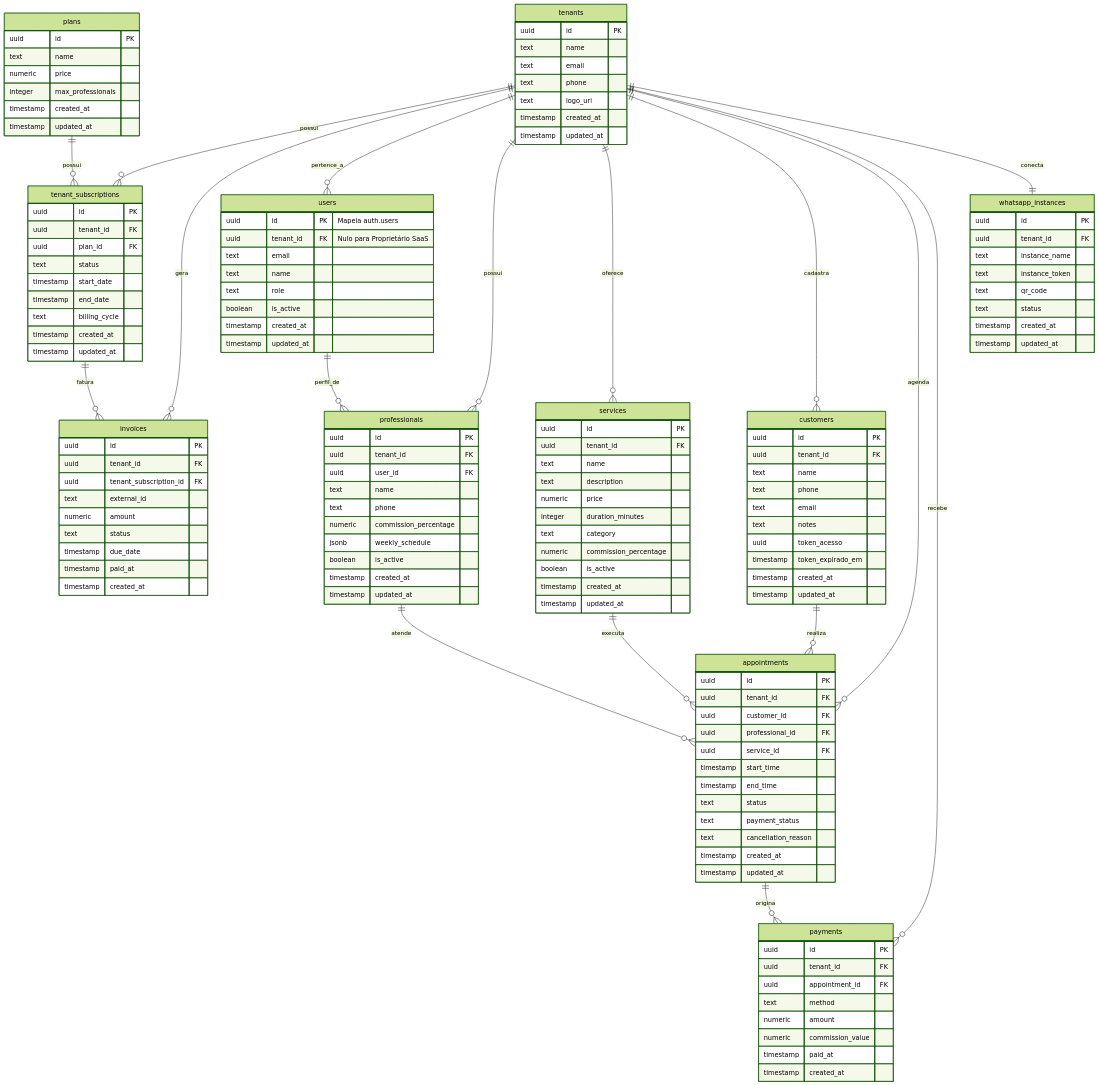
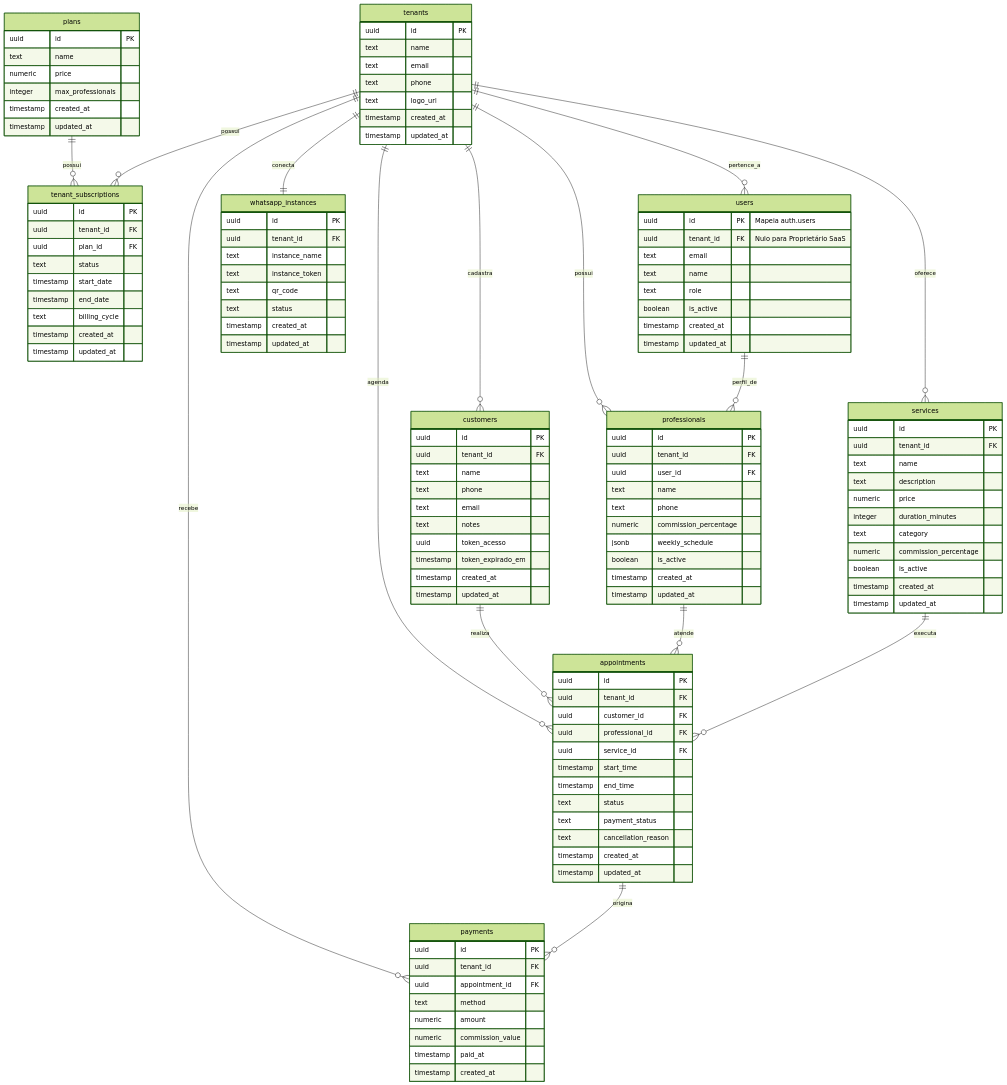
Before and after one commit to Resp94/navalhado: the diagram in docs/modelagem_banco.md, drawn with Mermaid (forest theme). The commit also changed other lines of this file and 2 other files, not shown here.

First line of the commit message:
feat(db): remover a tabela public.invoices

```diff
--- a/docs/modelagem_banco.md
+++ b/docs/modelagem_banco.md
@@ -14,8 +14,6 @@
 erDiagram
     plans ||--o{ tenant_subscriptions : "possui"
     tenants ||--o{ tenant_subscriptions : "possui"
-    tenants ||--o{ invoices : "gera"
-    tenant_subscriptions ||--o{ invoices : "fatura"
     tenants ||--o{ users : "pertence_a"
     tenants ||--o{ professionals : "possui"
     users ||--o{ professionals : "perfil_de"
@@ -58,18 +56,6 @@
         text billing_cycle
         timestamp created_at
         timestamp updated_at
-    }
-
-    invoices {
-        uuid id PK
-        uuid tenant_id FK
-        uuid tenant_subscription_id FK
-        text external_id
-        numeric amount
-        text status
-        timestamp due_date
-        timestamp paid_at
-        timestamp created_at
     }
 
     users {
```
